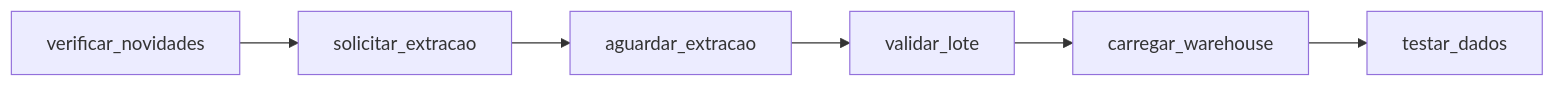
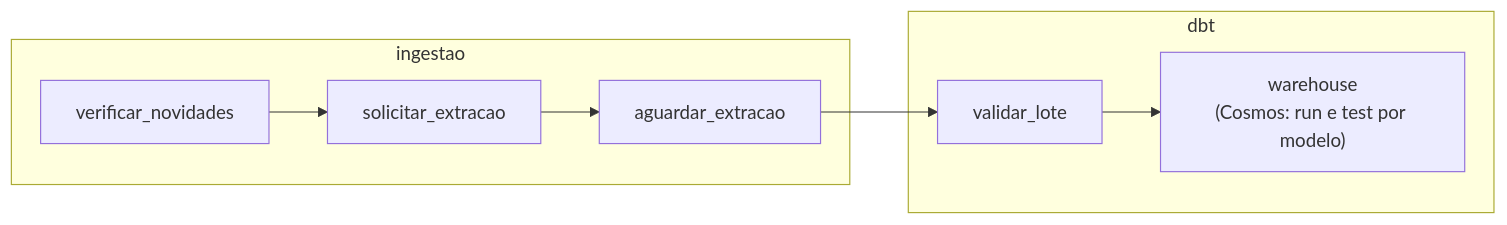
The third of 3 diagrams in docs/arquitetura/ARQUITETURA.md (alexdesousapereira/processo-fiec-engenheiro-dados-II), drawn with Mermaid before and after one commit. The commit also changed other lines of this file and 9 other files, not shown here.

First line of the commit message:
feat(airflow): Cosmos para ver cada modelo do dbt e grupos de tarefas na DAG

````diff
--- a/docs/arquitetura/ARQUITETURA.md
+++ b/docs/arquitetura/ARQUITETURA.md
@@ -243,4 +244,10 @@
 ```mermaid
 flowchart LR
-    A["verificar_novidades"] --> B["solicitar_extracao"] --> C["aguardar_extracao"] --> V["validar_lote"] --> D["carregar_warehouse"] --> E["testar_dados"]
+    subgraph ingestao
+        A["verificar_novidades"] --> B["solicitar_extracao"] --> C["aguardar_extracao"]
+    end
+    subgraph dbt
+        V["validar_lote"] --> W["warehouse<br/>(Cosmos: run e test por modelo)"]
+    end
+    C --> V
 ```
````
